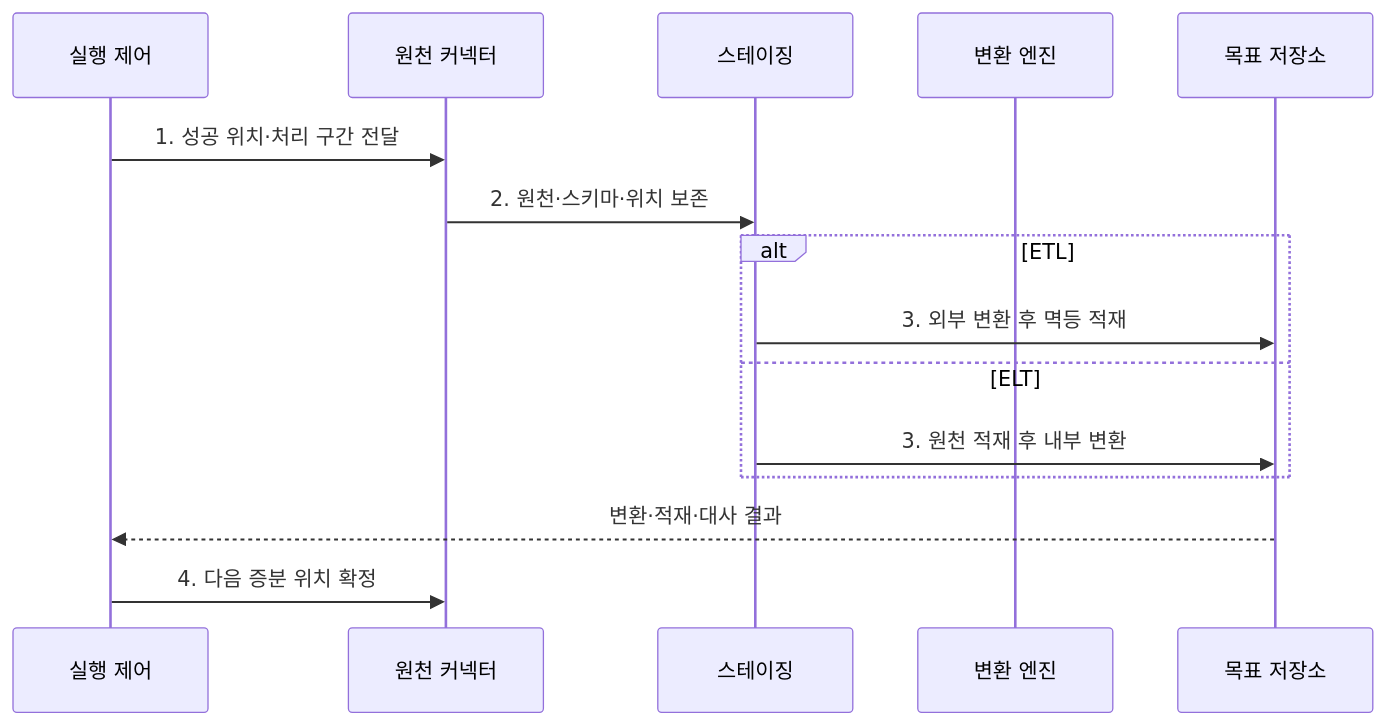
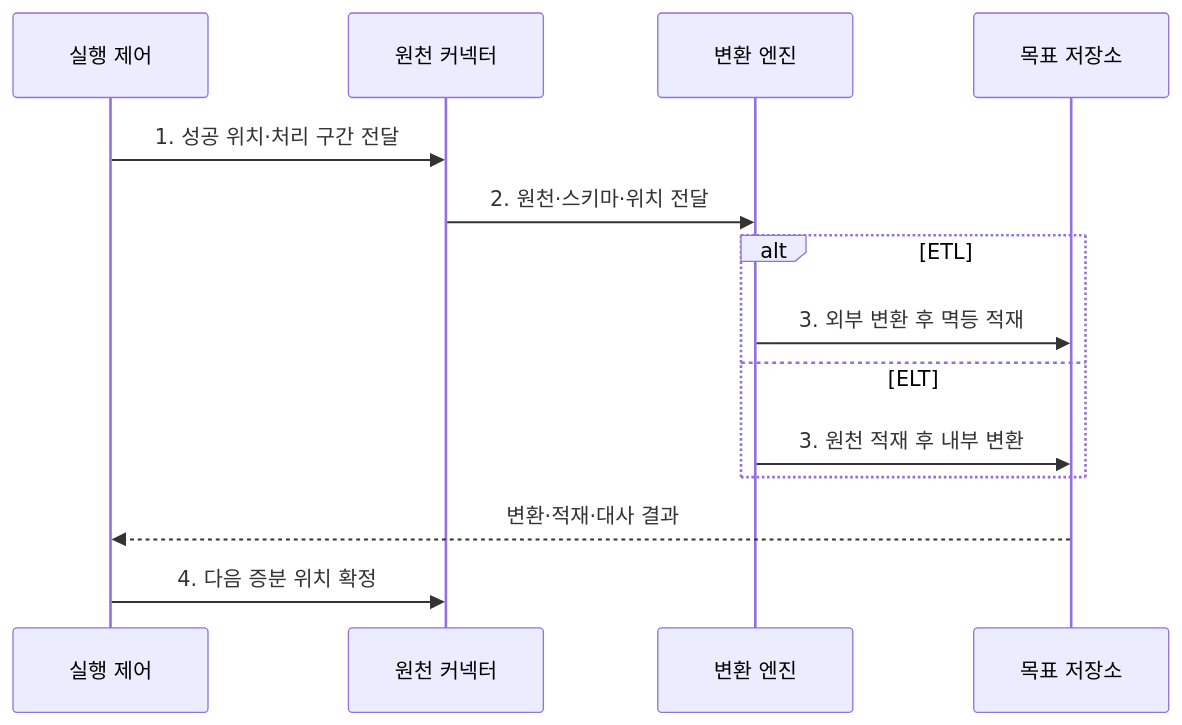
One commit to agnusdei1207/knowledge-base changed the second of 2 diagrams in src/content/docs/notes/03-software/138_etl_elt_pipeline.md. Above: the diagram before and after it, drawn with Mermaid. The commit also changed other lines of this file and 9 other files, not shown here.

Commit message:
Trim data engineering diagram actors

````diff
--- a/src/content/docs/notes/03-software/138_etl_elt_pipeline.md
+++ b/src/content/docs/notes/03-software/138_etl_elt_pipeline.md
@@ -98,17 +98,16 @@
 ```mermaid
 sequenceDiagram
     participant M as 실행 제어
     participant C as 원천 커넥터
-    participant A as 스테이징
     participant T as 변환 엔진
     participant D as 목표 저장소
     M->>C: 1. 성공 위치·처리 구간 전달
-    C->>A: 2. 원천·스키마·위치 보존
+    C->>T: 2. 원천·스키마·위치 전달
     alt ETL
-        A->>D: 3. 외부 변환 후 멱등 적재
+        T->>D: 3. 외부 변환 후 멱등 적재
     else ELT
-        A->>D: 3. 원천 적재 후 내부 변환
+        T->>D: 3. 원천 적재 후 내부 변환
     end
     D-->>M: 변환·적재·대사 결과
     M->>C: 4. 다음 증분 위치 확정
 ```
````
